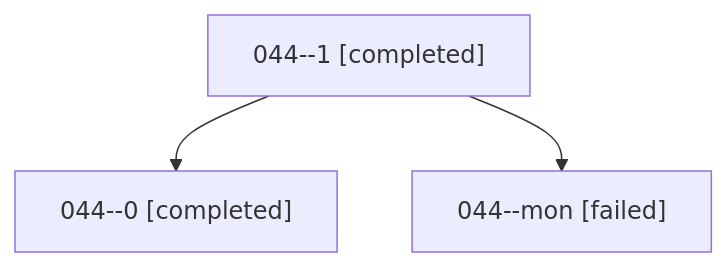
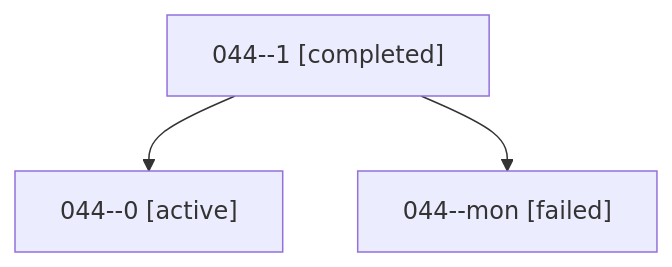
The diagram in families/bbugyi200.athena.044.md (sase-org/sase--agents), drawn with Mermaid before and after one commit. The commit also changed other lines of this file and 35830 other files, not shown here.

````diff
--- a/families/bbugyi200.athena.044.md
+++ b/families/bbugyi200.athena.044.md
@@ -9,8 +9,8 @@
 ```mermaid
 flowchart TD
   n0["044--1 [completed]"]
-  n1["044--0 [completed]"]
+  n1["044--0 [active]"]
   n0 --> n1
   n2["044--mon [failed]"]
   n0 --> n2
 ```
````
